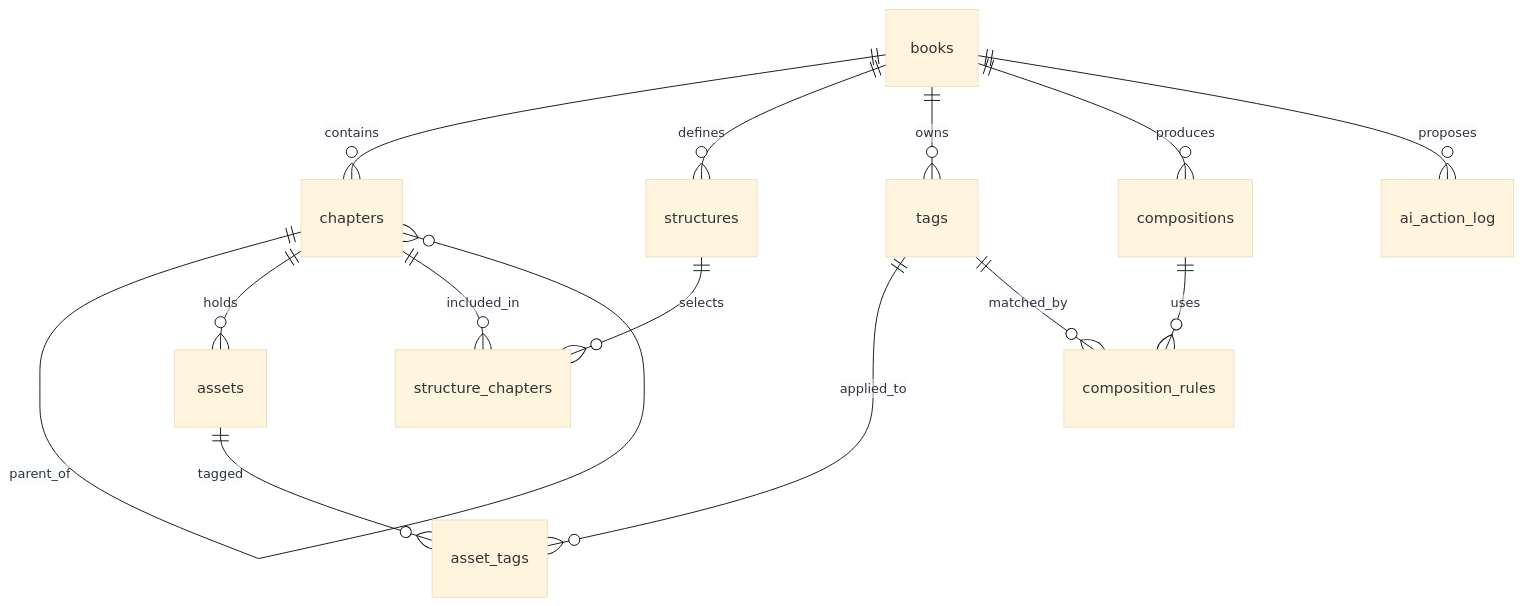
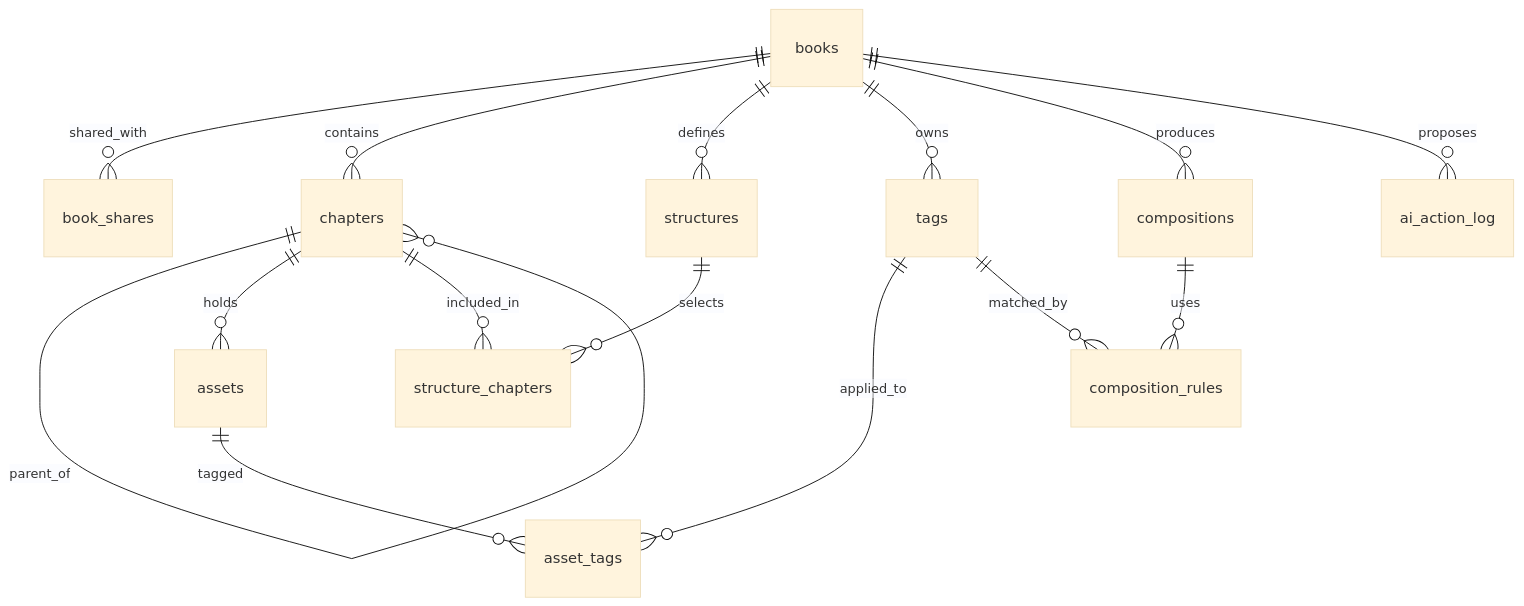
Before and after one commit to rykhalskyi/booktailor: the diagram in wiki/pages/research/domain-schema.md, drawn with Mermaid (base theme). The commit also changed other lines of this file and 66 other files, not shown here.

````diff
--- a/wiki/pages/research/domain-schema.md
+++ b/wiki/pages/research/domain-schema.md
@@ -35,16 +36,17 @@
 ```mermaid
 erDiagram
+    books ||--o{ book_shares : shared_with
     books ||--o{ chapters : contains
     books ||--o{ structures : defines
     books ||--o{ tags : owns
     books ||--o{ compositions : produces
     books ||--o{ ai_action_log : proposes
     chapters ||--o{ chapters : parent_of
     chapters ||--o{ assets : holds
     structures ||--o{ structure_chapters : selects
     chapters ||--o{ structure_chapters : included_in
     assets ||--o{ asset_tags : tagged
     tags ||--o{ asset_tags : applied_to
     compositions ||--o{ composition_rules : uses
     tags ||--o{ composition_rules : matched_by
 ```
````
